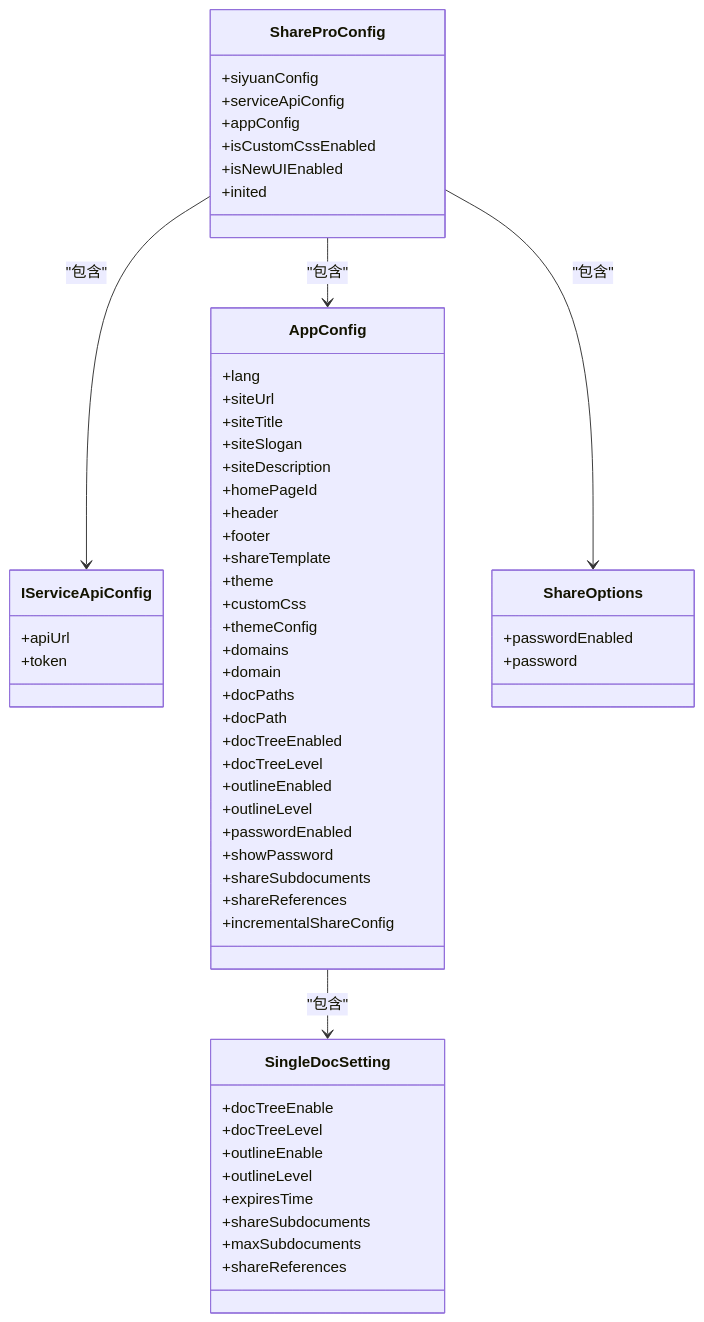
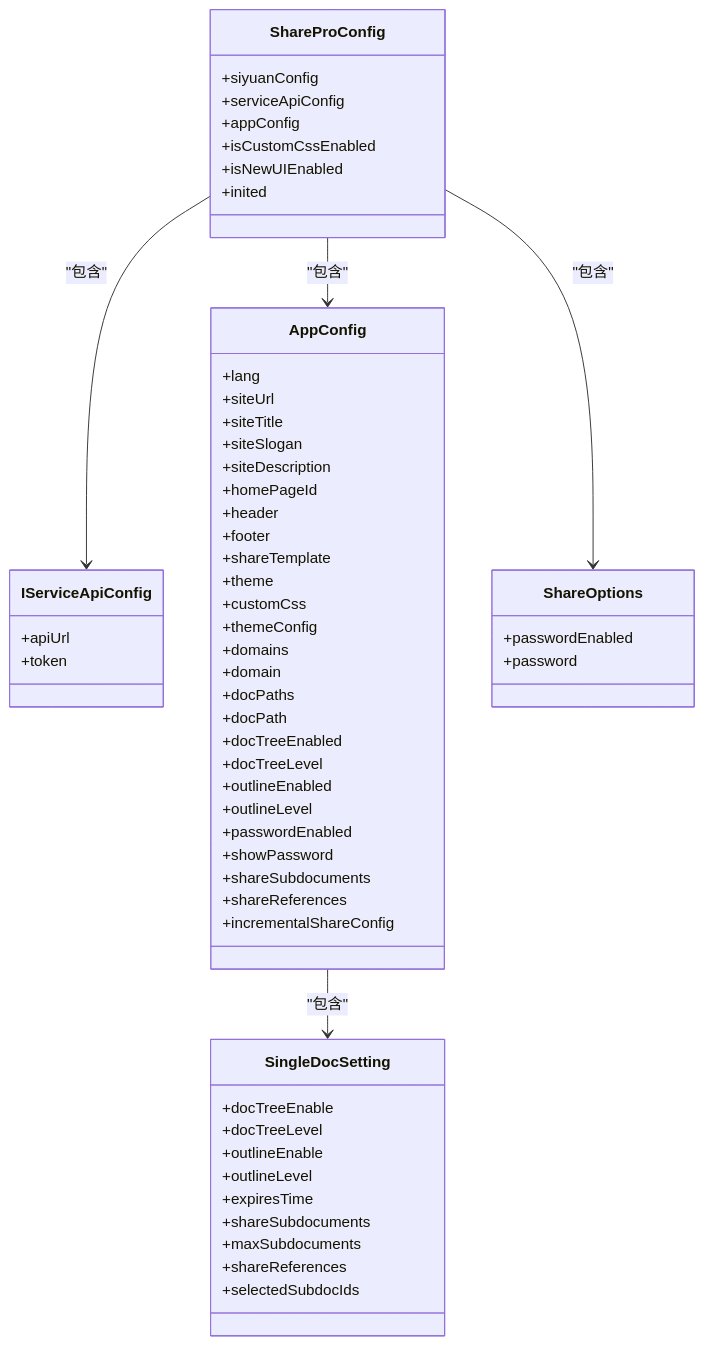
One commit to terwerinc/siyuan-plugin-share-pro changed the second of 4 diagrams in .qoder/repowiki/zh/content/数据模型/配置模型.md. Above: the diagram before and after it, drawn with Mermaid. The commit also changed other lines of this file and 10 other files, not shown here.

````diff
--- a/.qoder/repowiki/zh/content/数据模型/配置模型.md
+++ b/.qoder/repowiki/zh/content/数据模型/配置模型.md
@@ -169,60 +189,61 @@
 ```mermaid
 classDiagram
 class ShareProConfig {
 +siyuanConfig
 +serviceApiConfig
 +appConfig
 +isCustomCssEnabled
 +isNewUIEnabled
 +inited
 }
 class IServiceApiConfig {
 +apiUrl
 +token
 }
 class AppConfig {
 +lang
 +siteUrl
 +siteTitle
 +siteSlogan
 +siteDescription
 +homePageId
 +header
 +footer
 +shareTemplate
 +theme
 +customCss
 +themeConfig
 +domains
 +domain
 +docPaths
 +docPath
 +docTreeEnabled
 +docTreeLevel
 +outlineEnabled
 +outlineLevel
 +passwordEnabled
 +showPassword
 +shareSubdocuments
 +shareReferences
 +incrementalShareConfig
 }
 class SingleDocSetting {
 +docTreeEnable
 +docTreeLevel
 +outlineEnable
 +outlineLevel
 +expiresTime
 +shareSubdocuments
 +maxSubdocuments
 +shareReferences
++selectedSubdocIds
 }
 class ShareOptions {
 +passwordEnabled
 +password
 }
 ShareProConfig --> IServiceApiConfig : "包含"
 ShareProConfig --> AppConfig : "包含"
 AppConfig --> SingleDocSetting : "包含"
 ShareProConfig --> ShareOptions : "包含"
 ```
````
